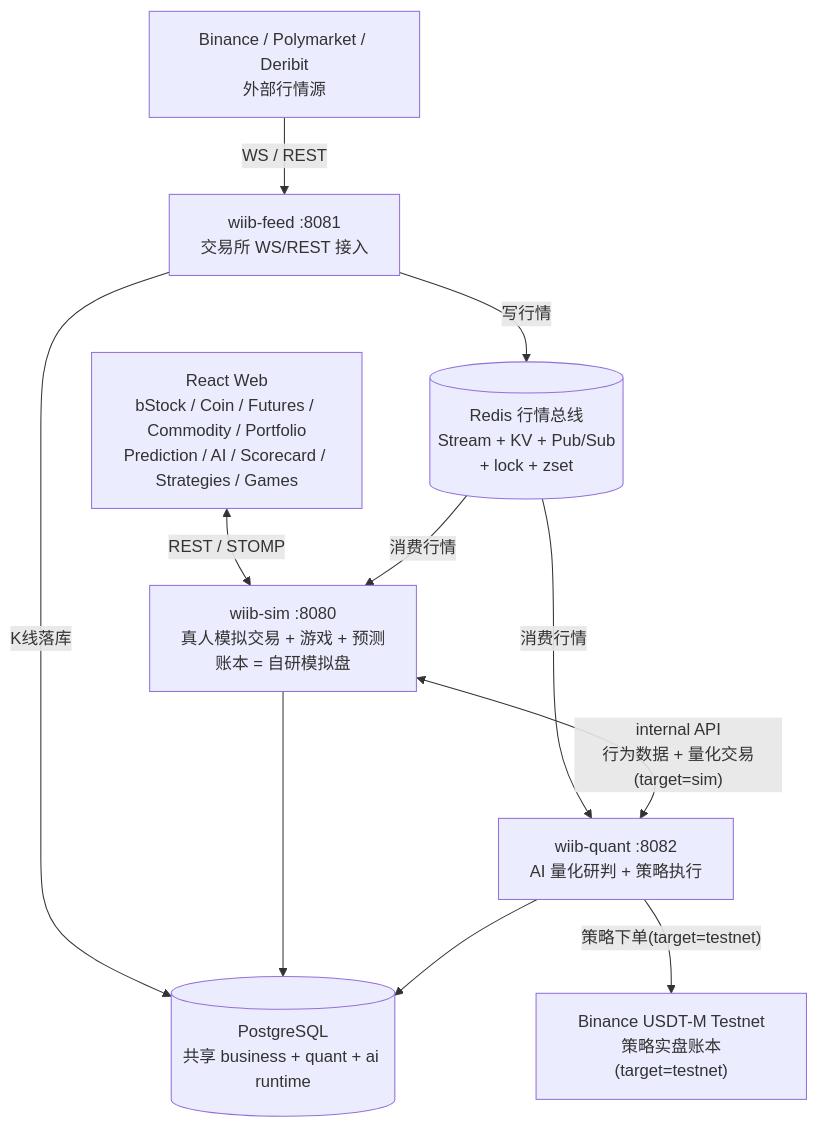
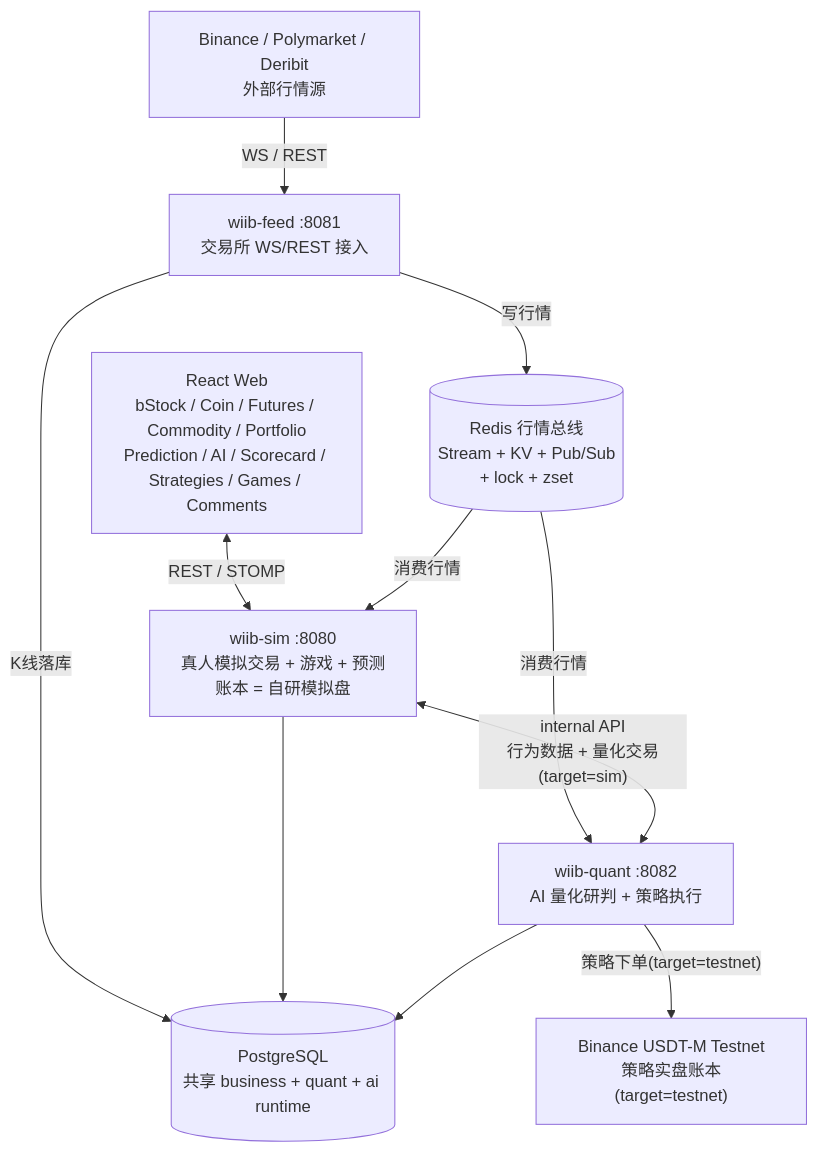
The first of 2 diagrams in README.md (mamawai/wtfibought), drawn with Mermaid before and after one commit. The commit also changed other lines of this file and 7 other files, not shown here.

````diff
--- a/README.md
+++ b/README.md
@@ -109,22 +111,22 @@
 ```mermaid
 flowchart TD
-    UI["React Web<br/>bStock / Coin / Futures / Commodity / Portfolio<br/>Prediction / AI / Scorecard / Strategies / Games"]
+    UI["React Web<br/>bStock / Coin / Futures / Commodity / Portfolio<br/>Prediction / AI / Scorecard / Strategies / Games / Comments"]
     EXC["Binance / Polymarket / Deribit<br/>外部行情源"]
     FEED["wiib-feed :8081<br/>交易所 WS/REST 接入"]
     SIM["wiib-sim :8080<br/>真人模拟交易 + 游戏 + 预测<br/>账本 = 自研模拟盘"]
     QUANT["wiib-quant :8082<br/>AI 量化研判 + 策略执行"]
     DB[("PostgreSQL<br/>共享 business + quant + ai runtime")]
     REDIS[("Redis 行情总线<br/>Stream + KV + Pub/Sub<br/>+ lock + zset")]
     TESTNET["Binance USDT-M Testnet<br/>策略实盘账本(target=testnet)"]
 
     EXC -->|WS / REST| FEED
     FEED -->|写行情| REDIS
     FEED -->|K线落库| DB
     UI <-->|REST / STOMP| SIM
     REDIS -->|消费行情| SIM
     REDIS -->|消费行情| QUANT
     SIM --> DB
     QUANT --> DB
     SIM <-->|"internal API<br/>行为数据 + 量化交易(target=sim)"| QUANT
     QUANT -->|"策略下单(target=testnet)"| TESTNET
 ```
````
